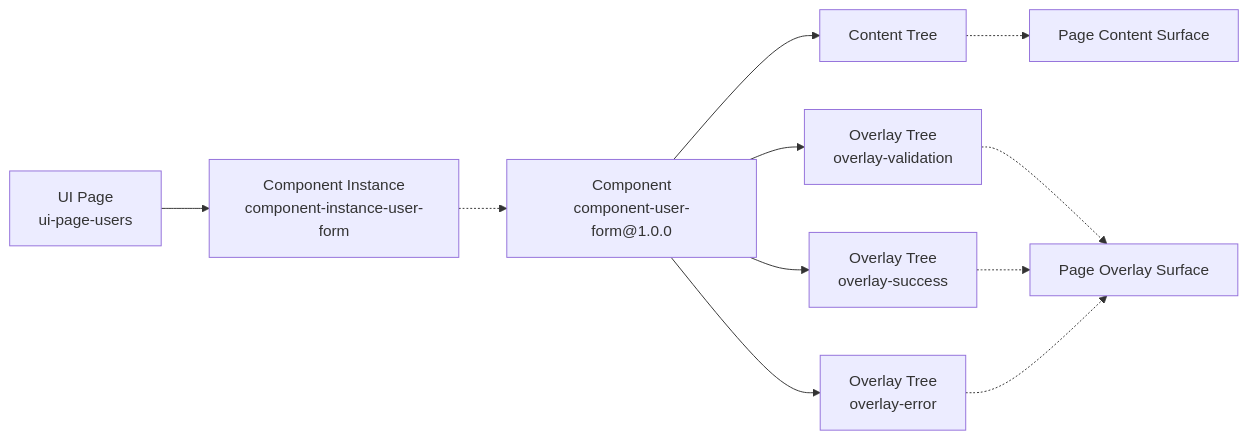
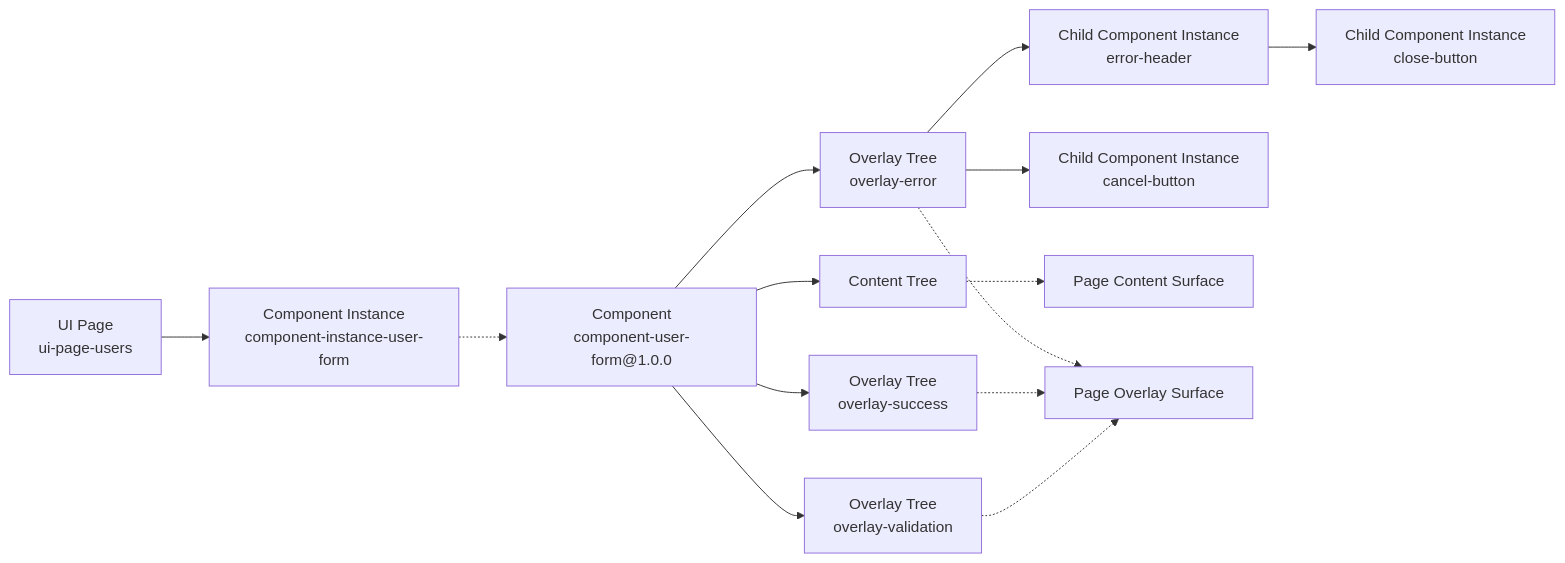
One commit to northwest-hcu/FlagShip changed the first of 7 diagrams in docs/architecture/10-examples-roadmap-and-decisions.md. Above: the diagram before and after it, drawn with Mermaid. The commit also changed other lines of this file and 1 other file, not shown here.

````diff
--- a/docs/architecture/10-examples-roadmap-and-decisions.md
+++ b/docs/architecture/10-examples-roadmap-and-decisions.md
@@ -48,23 +61,28 @@
 ```mermaid
 flowchart LR
     Page["UI Page<br/>ui-page-users"]
     Instance["Component Instance<br/>component-instance-user-form"]
     Component["Component<br/>component-user-form@1.0.0"]
     Content["Content Tree"]
     Validation["Overlay Tree<br/>overlay-validation"]
     Success["Overlay Tree<br/>overlay-success"]
     Error["Overlay Tree<br/>overlay-error"]
+    Header["Child Component Instance<br/>error-header"]
+    Close["Child Component Instance<br/>close-button"]
+    Cancel["Child Component Instance<br/>cancel-button"]
     PageContent["Page Content Surface"]
     PageOverlay["Page Overlay Surface"]
 
     Page --> Instance
     Instance -.-> Component
     Component --> Content
     Component --> Validation
     Component --> Success
     Component --> Error
+    Error --> Header --> Close
+    Error --> Cancel
     Content -.-> PageContent
     Validation -.-> PageOverlay
     Success -.-> PageOverlay
     Error -.-> PageOverlay
 ```
````
